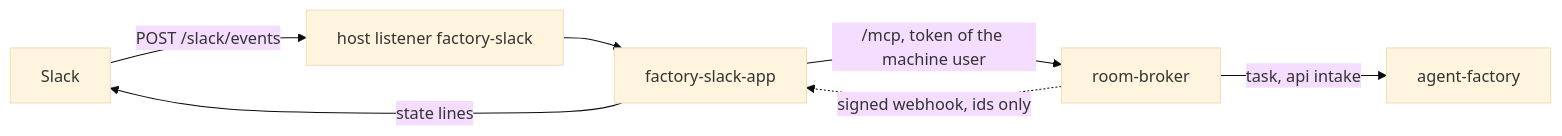
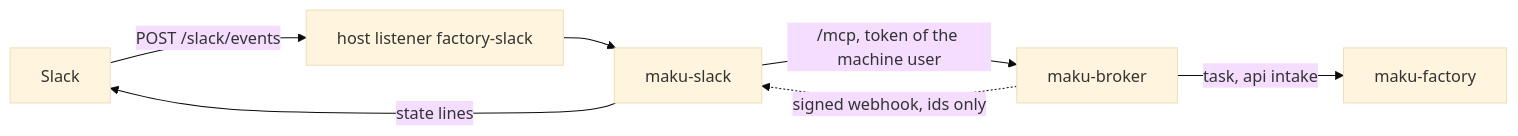
Before and after one commit to Smana/ai-native-ref: the diagram in docs/runbooks/agent-factory/18-factory-interfaces.md, drawn with Mermaid (base theme). The commit also changed other lines of this file and 38 other files, not shown here.

First line of the commit message:
docs: Maku v0.30.0 names across live pages, runbooks and diagrams; the Agent Factory keeps its name (#211)

````diff
--- a/docs/runbooks/agent-factory/18-factory-interfaces.md
+++ b/docs/runbooks/agent-factory/18-factory-interfaces.md
@@ -13,9 +13,9 @@
 ```mermaid
 flowchart LR
   S[Slack] -->|"POST /slack/events"| L["host listener factory-slack"]
-  L --> A[factory-slack-app]
-  A -->|"/mcp, token of the machine user"| B[room-broker]
-  B -->|"task, api intake"| F[agent-factory]
+  L --> A[maku-slack]
+  A -->|"/mcp, token of the machine user"| B[maku-broker]
+  B -->|"task, api intake"| F[maku-factory]
   B -.->|"signed webhook, ids only"| A
   A -->|"state lines"| S
 ```
````
